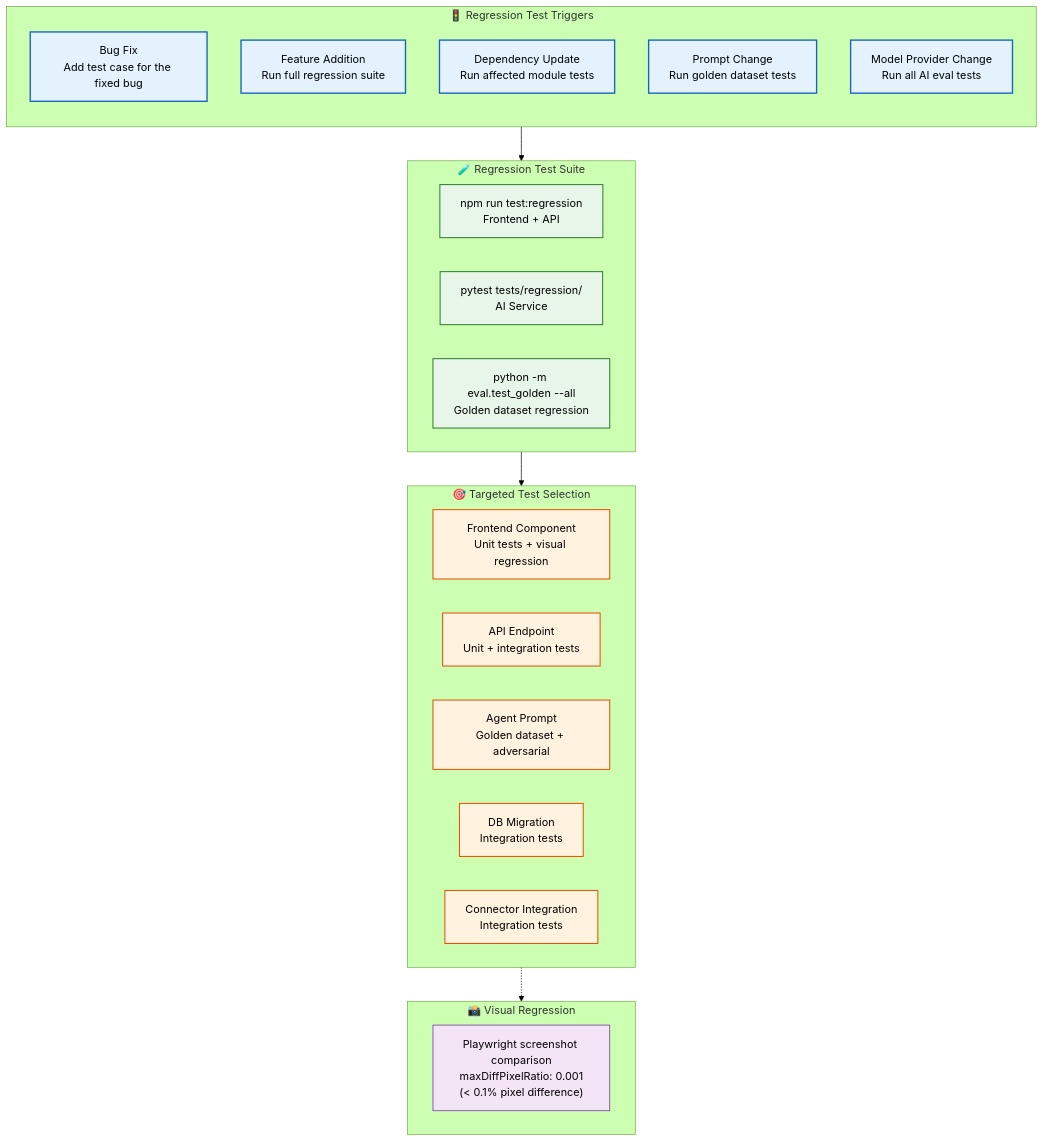
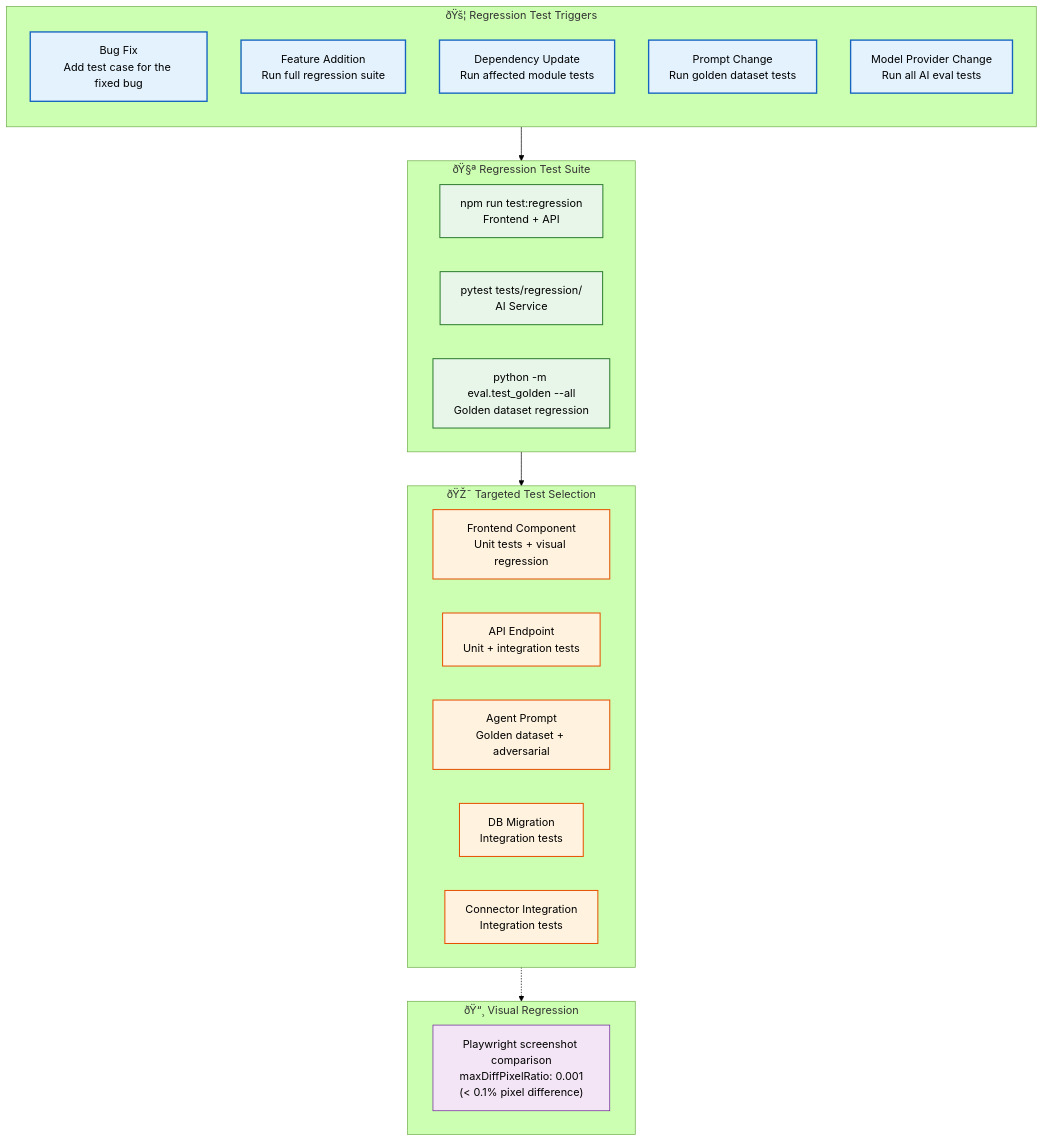
One commit to Driftloom/Vaeloom changed the first of 2 diagrams in Docs/Testing/Regression-Testing.md. Above: the diagram before and after it, drawn with Mermaid (forest theme). The commit also changed other lines of this file and 249 other files, not shown here.

````diff
--- a/Docs/Testing/Regression-Testing.md
+++ b/Docs/Testing/Regression-Testing.md
@@ -8,42 +8,42 @@
 ```mermaid
 graph TD
     classDef trigger fill:#e3f2fd,stroke:#1565c0,color:#000,stroke-width:2px
     classDef suite fill:#e8f5e9,stroke:#2e7d32,color:#000,stroke-width:1.5px
     classDef select fill:#fff3e0,stroke:#e65100,color:#000,stroke-width:1.5px
     classDef visual fill:#f3e5f5,stroke:#6a1b9a,color:#000,stroke-width:1px
 
-    subgraph Triggers["🚦 Regression Test Triggers"]
+    subgraph Triggers["ðŸš¦ Regression Test Triggers"]
         direction TB
         R1["Bug Fix<br/>Add test case for the fixed bug"]
         R2["Feature Addition<br/>Run full regression suite"]
         R3["Dependency Update<br/>Run affected module tests"]
         R4["Prompt Change<br/>Run golden dataset tests"]
         R5["Model Provider Change<br/>Run all AI eval tests"]
     end
 
-    subgraph Suite["🧪 Regression Test Suite"]
+    subgraph Suite["ðŸ§ª Regression Test Suite"]
         S1["npm run test:regression<br/>Frontend + API"]
         S2["pytest tests/regression/<br/>AI Service"]
         S3["python -m eval.test_golden --all<br/>Golden dataset regression"]
     end
 
-    subgraph Selection["🎯 Targeted Test Selection"]
+    subgraph Selection["ðŸŽ¯ Targeted Test Selection"]
         T1["Frontend Component<br/>Unit tests + visual regression"]
         T2["API Endpoint<br/>Unit + integration tests"]
         T3["Agent Prompt<br/>Golden dataset + adversarial"]
         T4["DB Migration<br/>Integration tests"]
         T5["Connector Integration<br/>Integration tests"]
     end
 
-    subgraph Visual["📸 Visual Regression"]
+    subgraph Visual["ðŸ“¸ Visual Regression"]
         V1["Playwright screenshot comparison<br/>maxDiffPixelRatio: 0.001<br/>(< 0.1% pixel difference)"]
     end
 
     Triggers --> Suite --> Selection
     Selection -.-> Visual
 
     class R1,R2,R3,R4,R5 trigger
     class S1,S2,S3 suite
     class T1,T2,T3,T4,T5 select
     class V1 visual
 ```
````
